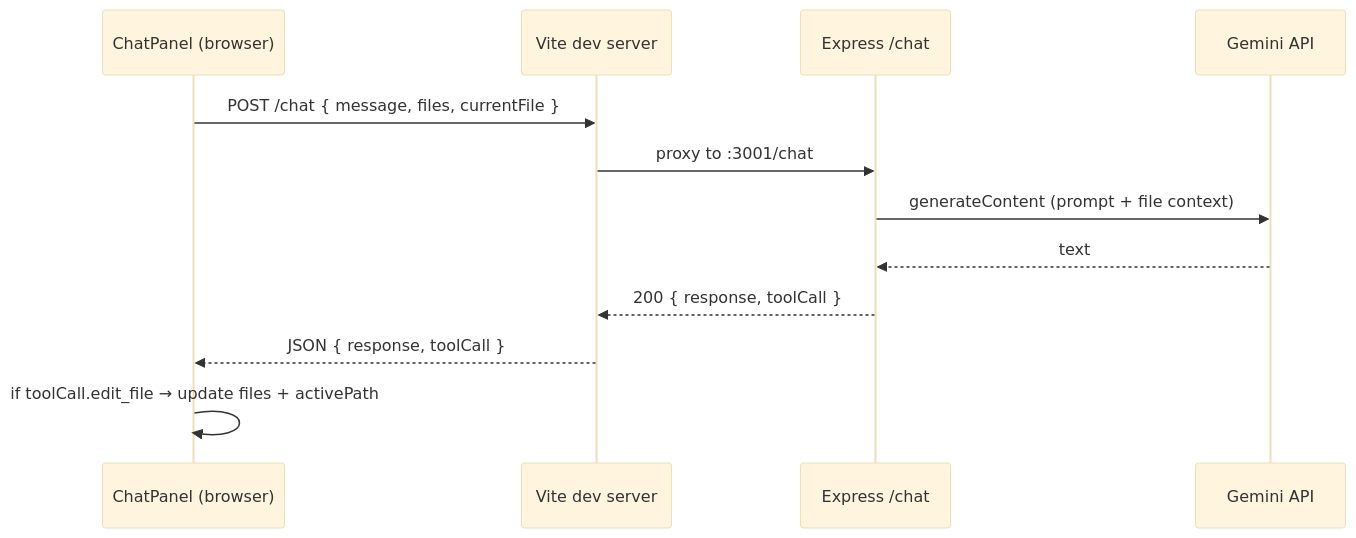
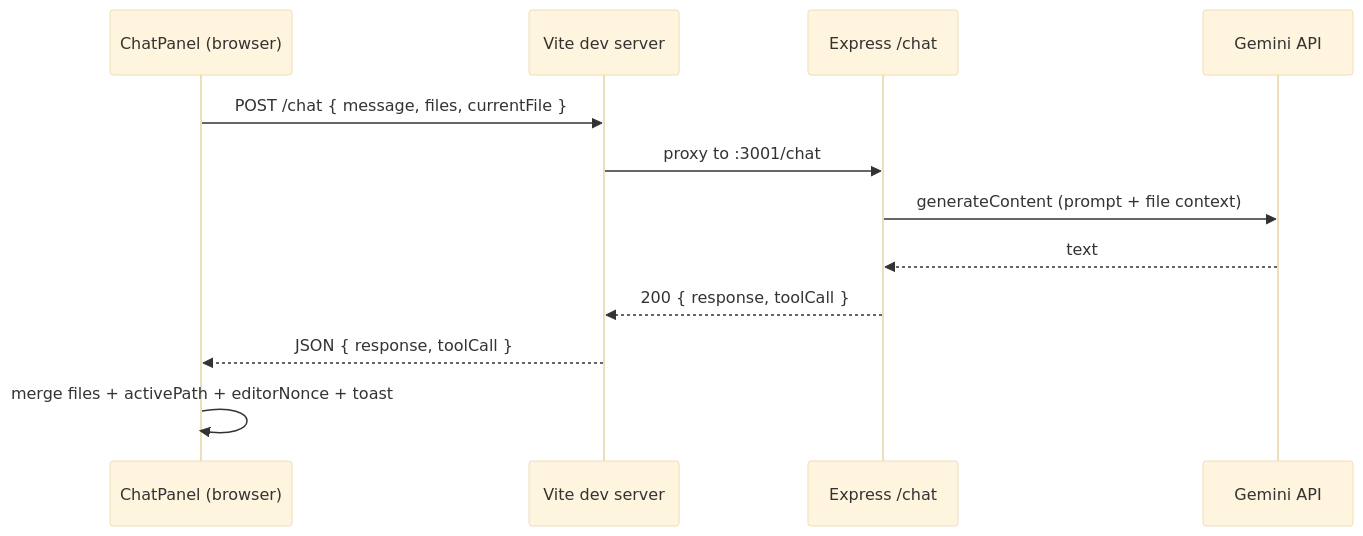
One commit to kugloff/coding-with-cursor changed the diagram in README.md. Above: the diagram before and after it, drawn with Mermaid (base theme). The commit also changed other lines of this file and 8 other files, not shown here.

````diff
--- a/README.md
+++ b/README.md
@@ -120,15 +120,15 @@
 ```mermaid
 sequenceDiagram
   participant UI as ChatPanel (browser)
   participant Vite as Vite dev server
   participant API as Express /chat
   participant Gemini as Gemini API
 
   UI->>Vite: POST /chat { message, files, currentFile }
   Vite->>API: proxy to :3001/chat
   API->>Gemini: generateContent (prompt + file context)
   Gemini-->>API: text
   API-->>Vite: 200 { response, toolCall }
   Vite-->>UI: JSON { response, toolCall }
-  UI->>UI: if toolCall.edit_file → update files + activePath
+  UI->>UI: merge files + activePath + editorNonce + toast
 ```
````
